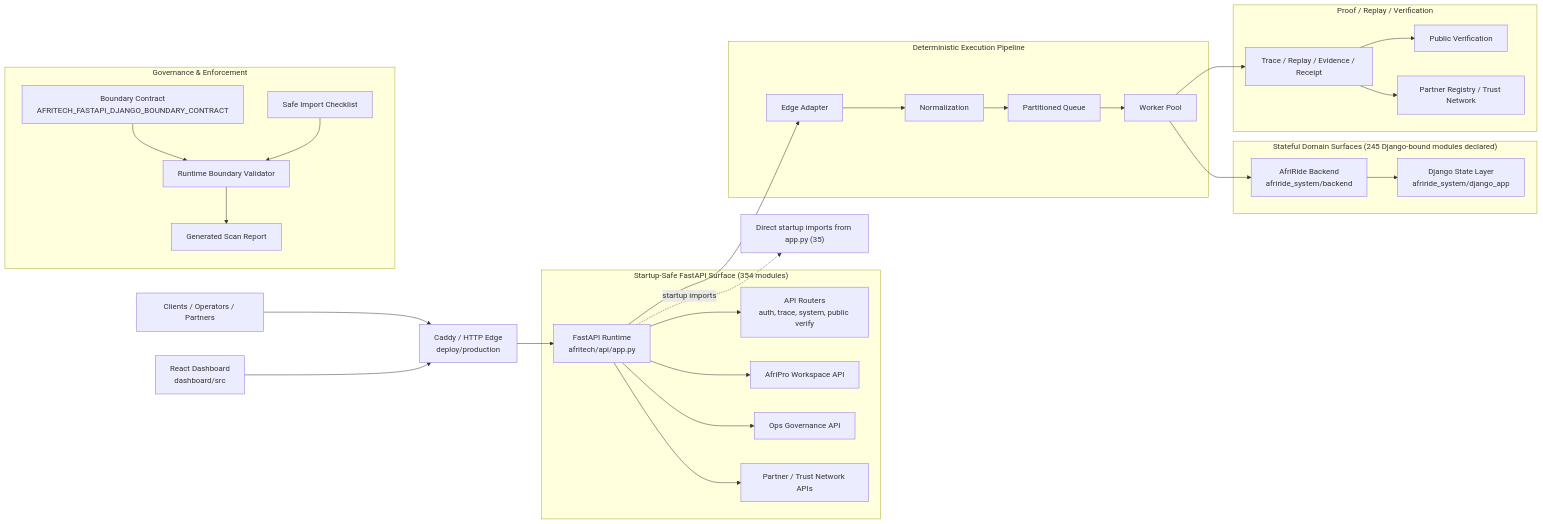
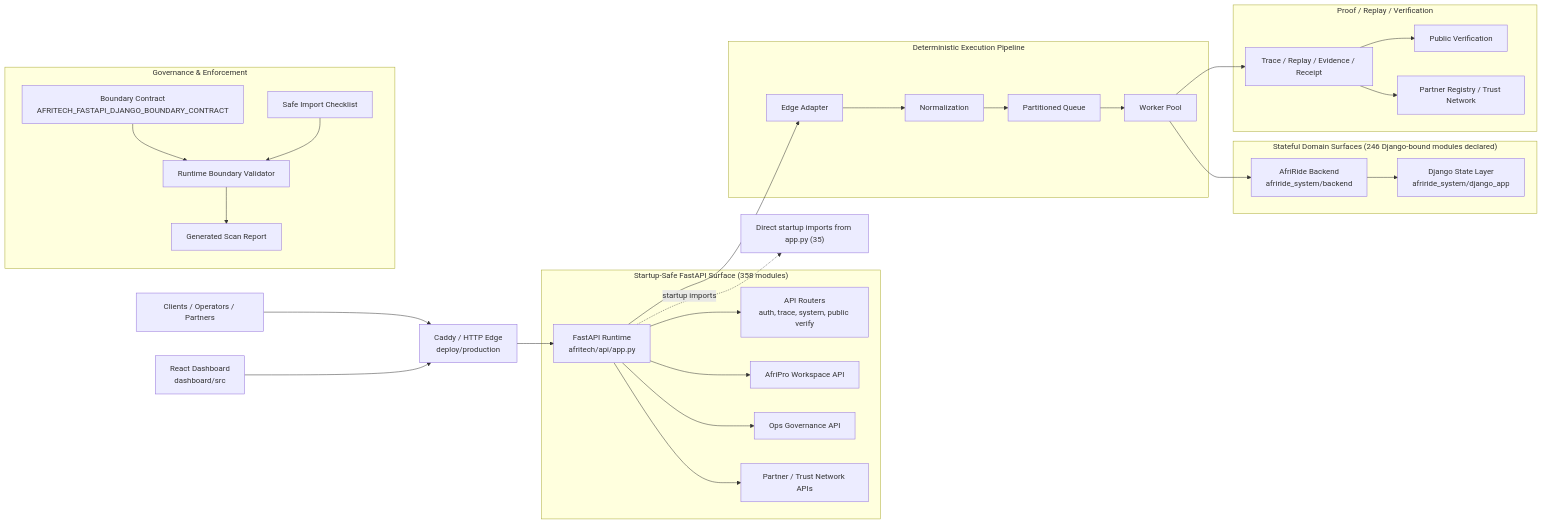
One commit to Strelly2023/afritelematics changed the first of 2 diagrams in docs/architecture/AFRITECH_FULL_ARCHITECTURE_GRAPH.md. Above: the diagram before and after it, drawn with Mermaid. The commit also changed other lines of this file and 12 other files, not shown here.

````diff
--- a/docs/architecture/AFRITECH_FULL_ARCHITECTURE_GRAPH.md
+++ b/docs/architecture/AFRITECH_FULL_ARCHITECTURE_GRAPH.md
@@ -22,39 +22,39 @@
 ```mermaid
 flowchart LR
     Client["Clients / Operators / Partners"] --> Edge["Caddy / HTTP Edge\ndeploy/production"]
     Dashboard["React Dashboard\ndashboard/src"] --> Edge
     Edge --> App["FastAPI Runtime\nafritech/api/app.py"]
 
-    subgraph FastAPI["Startup-Safe FastAPI Surface (354 modules)"]
+    subgraph FastAPI["Startup-Safe FastAPI Surface (358 modules)"]
         App --> Api["API Routers\nauth, trace, system, public verify"]
         App --> Workspace["AfriPro Workspace API"]
         App --> Governance["Ops Governance API"]
         App --> Trust["Partner / Trust Network APIs"]
     end
 
     subgraph Pipeline["Deterministic Execution Pipeline"]
         App --> Adapt["Edge Adapter"]
         Adapt --> Normalize["Normalization"]
         Normalize --> Queue["Partitioned Queue"]
         Queue --> Worker["Worker Pool"]
     end
 
-    subgraph State["Stateful Domain Surfaces (245 Django-bound modules declared)"]
+    subgraph State["Stateful Domain Surfaces (246 Django-bound modules declared)"]
         Worker --> Domain["AfriRide Backend\nafriride_system/backend"]
         Domain --> Django["Django State Layer\nafriride_system/django_app"]
     end
 
     subgraph Proof["Proof / Replay / Verification"]
         Worker --> Trace["Trace / Replay / Evidence / Receipt"]
         Trace --> Public["Public Verification"]
         Trace --> Registry["Partner Registry / Trust Network"]
     end
 
     subgraph GovernancePlane["Governance & Enforcement"]
         Contract["Boundary Contract\nAFRITECH_FASTAPI_DJANGO_BOUNDARY_CONTRACT"] --> Validator["Runtime Boundary Validator"]
         Checklist["Safe Import Checklist"] --> Validator
         Validator --> Review["Generated Scan Report"]
     end
 
     App -. startup imports .-> Imports["Direct startup imports from app.py (35)"]
 ```
````
